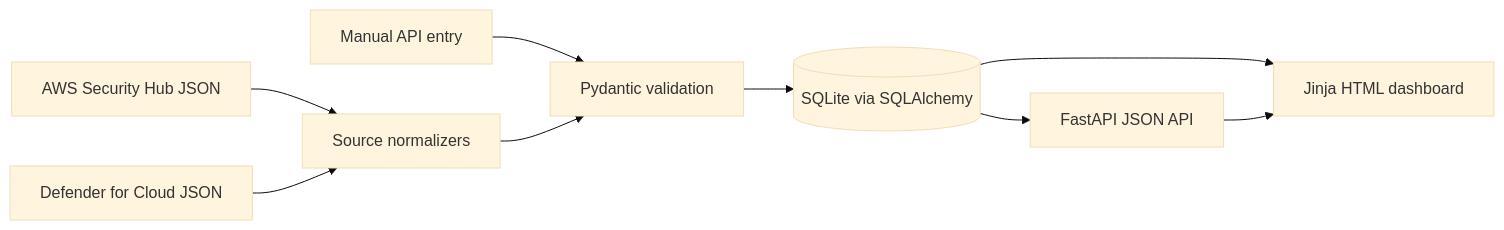
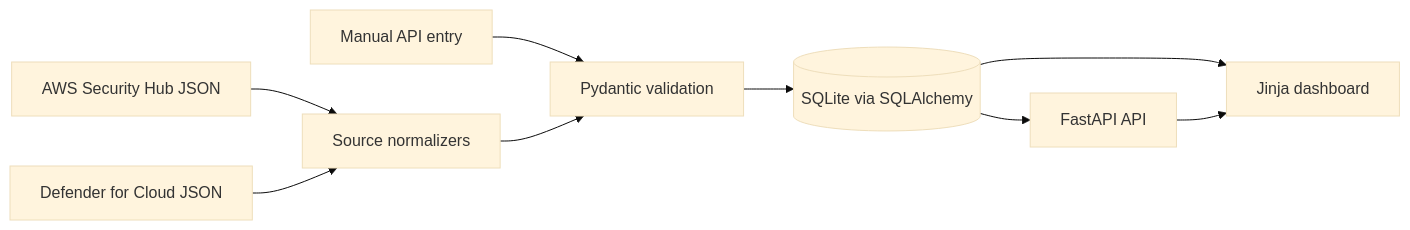
The diagram in README.md (Zach-Fogle/Cloud-security-dashboard), drawn with Mermaid (base theme) before and after one commit. The commit also changed other lines of this file, not shown here.

````diff
--- a/README.md
+++ b/README.md
@@ -9,11 +23,11 @@
 ```mermaid
 flowchart LR
-    A[AWS Security Hub JSON] --> N[Source normalizers]
-    Z[Defender for Cloud JSON] --> N
-    M[Manual API entry] --> V[Pydantic validation]
+    AWS[AWS Security Hub JSON] --> N[Source normalizers]
+    Azure[Defender for Cloud JSON] --> N
+    Manual[Manual API entry] --> V[Pydantic validation]
     N --> V
-    V --> S[(SQLite via SQLAlchemy)]
-    S --> API[FastAPI JSON API]
-    S --> UI[Jinja HTML dashboard]
+    V --> DB[(SQLite via SQLAlchemy)]
+    DB --> API[FastAPI API]
+    DB --> UI[Jinja dashboard]
     API --> UI
 ```
````
